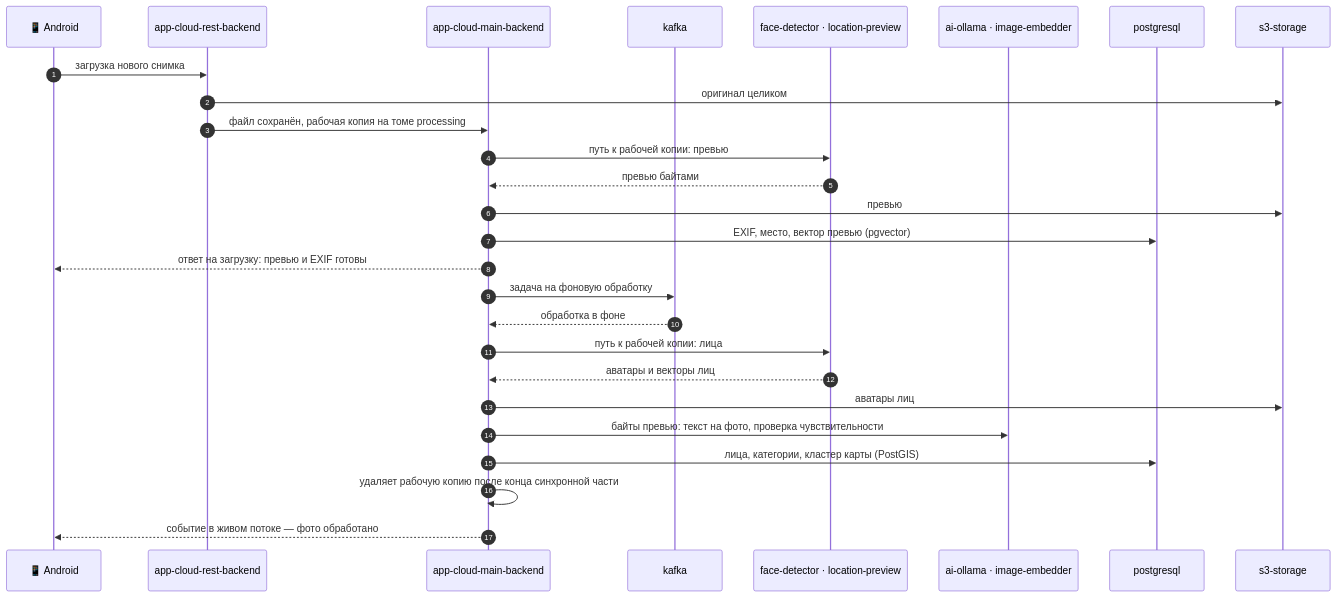
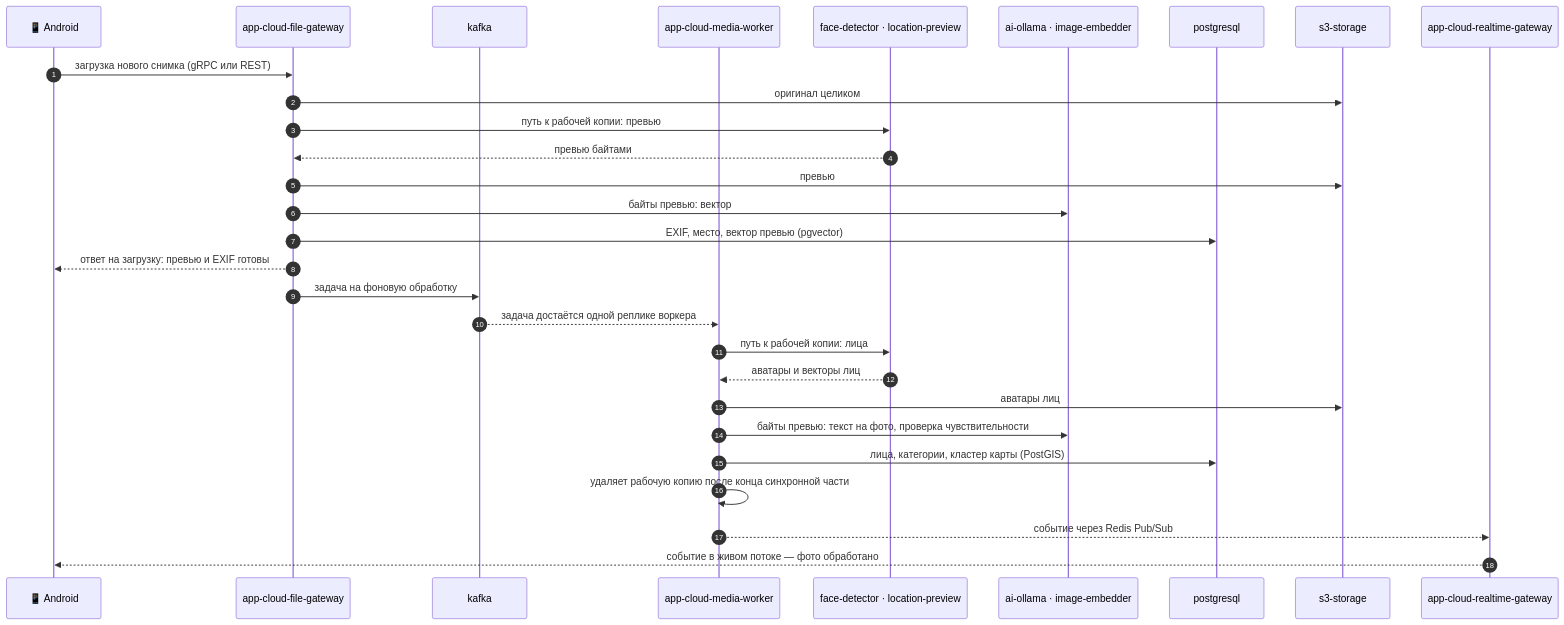
Before and after one commit to Bati4eli/SmartCloud-all-in-one: the fifth of 5 diagrams in README.md, drawn with Mermaid. The commit also changed other lines of this file, not shown here.

First line of the commit message:
docs: 🏗️ show backend split into api, file, realtime and worker services

````diff
--- a/README.md
+++ b/README.md
@@ -275,30 +300,32 @@
 ```mermaid
 sequenceDiagram
     autonumber
     participant Phone as 📱 Android
-    participant REST as app-cloud-rest-backend
-    participant Main as app-cloud-main-backend
+    participant FG as app-cloud-file-gateway
     participant K as kafka
+    participant W as app-cloud-media-worker
     participant CV as face-detector · location-preview
     participant AI as ai-ollama · image-embedder
     participant DB as postgresql
     participant S3 as s3-storage
+    participant RT as app-cloud-realtime-gateway
 
-    Phone->>REST: загрузка нового снимка
-    REST->>S3: оригинал целиком
-    REST->>Main: файл сохранён, рабочая копия на томе processing
-    Main->>CV: путь к рабочей копии: превью
-    CV-->>Main: превью байтами
-    Main->>S3: превью
-    Main->>DB: EXIF, место, вектор превью (pgvector)
-    Main-->>Phone: ответ на загрузку: превью и EXIF готовы
-    Main->>K: задача на фоновую обработку
-    K-->>Main: обработка в фоне
-    Main->>CV: путь к рабочей копии: лица
-    CV-->>Main: аватары и векторы лиц
-    Main->>S3: аватары лиц
-    Main->>AI: байты превью: текст на фото, проверка чувствительности
-    Main->>DB: лица, категории, кластер карты (PostGIS)
-    Main->>Main: удаляет рабочую копию после конца синхронной части
-    Main-->>Phone: событие в живом потоке — фото обработано
+    Phone->>FG: загрузка нового снимка (gRPC или REST)
+    FG->>S3: оригинал целиком
+    FG->>CV: путь к рабочей копии: превью
+    CV-->>FG: превью байтами
+    FG->>S3: превью
+    FG->>AI: байты превью: вектор
+    FG->>DB: EXIF, место, вектор превью (pgvector)
+    FG-->>Phone: ответ на загрузку: превью и EXIF готовы
+    FG->>K: задача на фоновую обработку
+    K-->>W: задача достаётся одной реплике воркера
+    W->>CV: путь к рабочей копии: лица
+    CV-->>W: аватары и векторы лиц
+    W->>S3: аватары лиц
+    W->>AI: байты превью: текст на фото, проверка чувствительности
+    W->>DB: лица, категории, кластер карты (PostGIS)
+    W->>W: удаляет рабочую копию после конца синхронной части
+    W-->>RT: событие через Redis Pub/Sub
+    RT-->>Phone: событие в живом потоке — фото обработано
 ```
````
